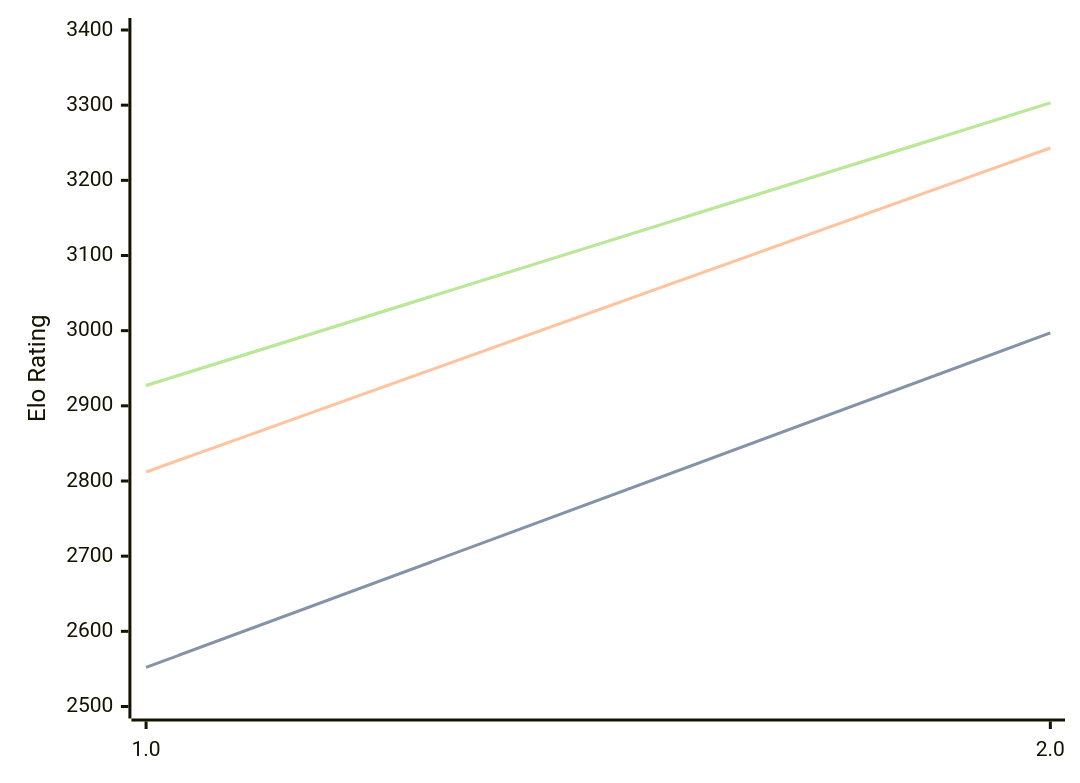
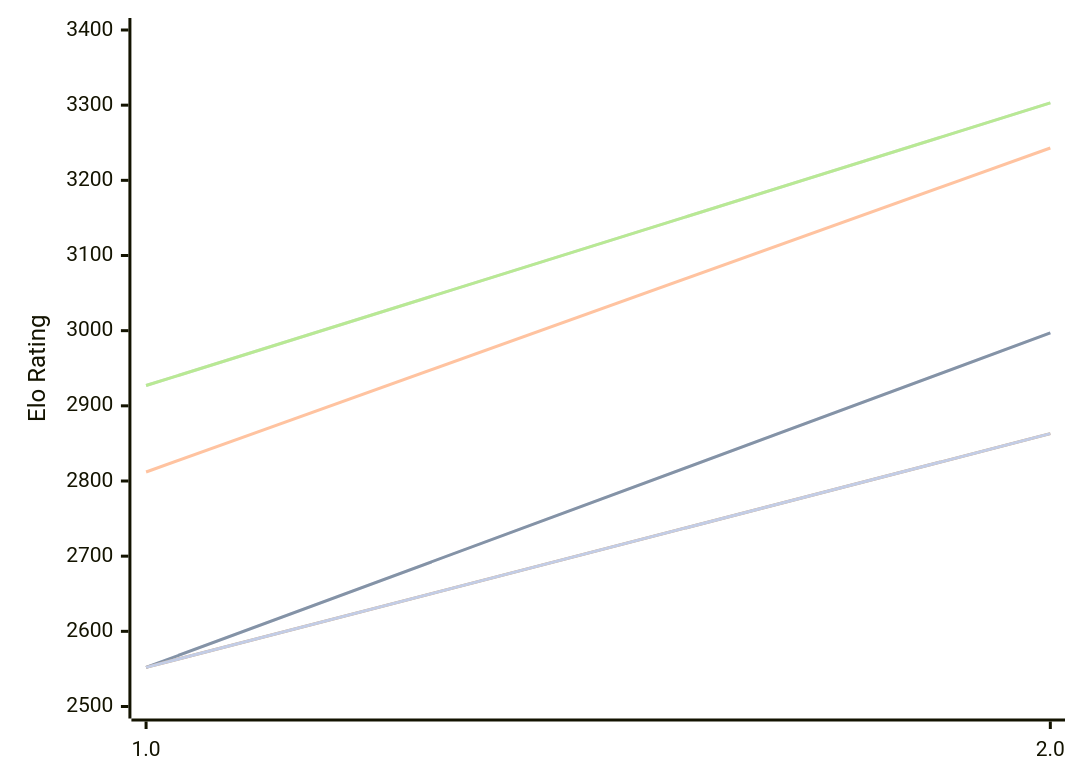
Before and after one commit to computer-chess-index/cci: the diagram in engines/Onslaught.md, drawn with Mermaid. The commit also changed other lines of this file, not shown here.

Commit message:
Update CCI Ratings (ELO VLTC) - 2026-10-11

````diff
--- a/engines/Onslaught.md
+++ b/engines/Onslaught.md
@@ -48,16 +48,13 @@
 ```mermaid
 %%{init: {"theme":"base","themeVariables":{"seriesColors:['#a3a3a3','#222221','#faa371']}}}%%
 xychart-beta
   x-axis ["1.0", "2.0"]
   y-axis "Elo Rating" 2500 --> 3400
   line "" [2552, 2997]
   line "T1: STC (8.0+0.08s)" [2552, 2997]
   line "T1: LTC (60.0+0.60s)" [2812, 3243]
   line "" [2927, 3303]
   line "T1: VLTC (2m24s+1.12s)" [2927, 3303]
-  line "" [2850]
-  line "E1: STC (8.0+0.08s)" [2850]
-  line "E1: LTC (60.0+0.60s)" [3167]
-  line "" [3217]
-  line "E1: VLTC (2m24s+1.12s)" [3217]
+  line "" [2552,2863]
+  line "E1: STC (8.0+0.08s)" [2552,2863]
 ```
````
